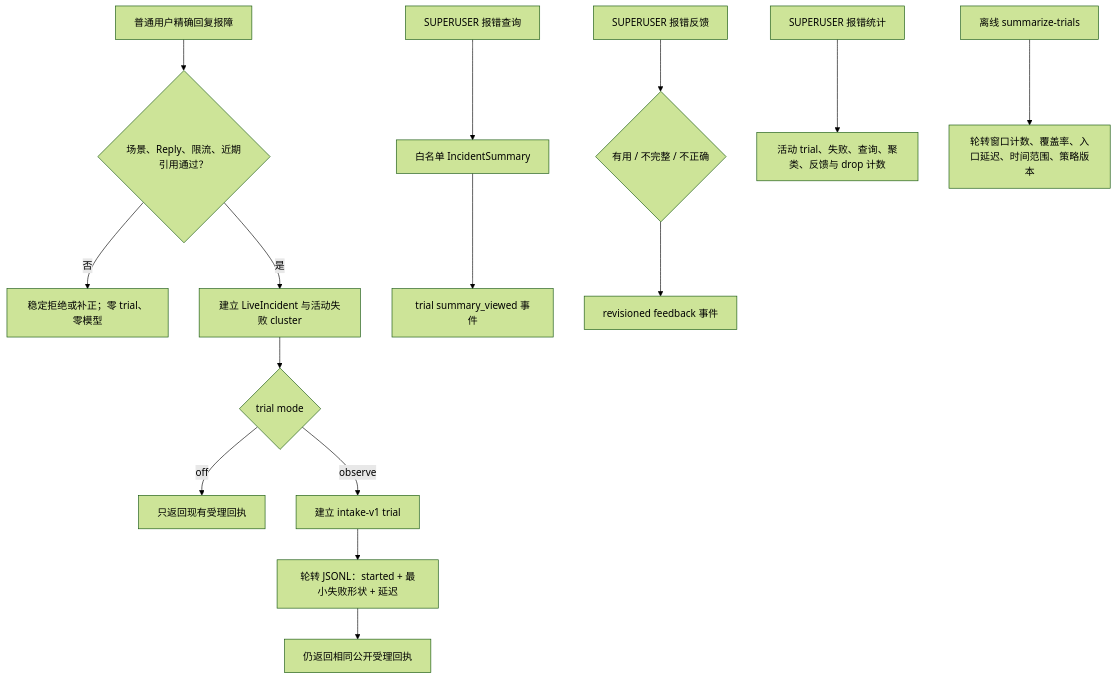
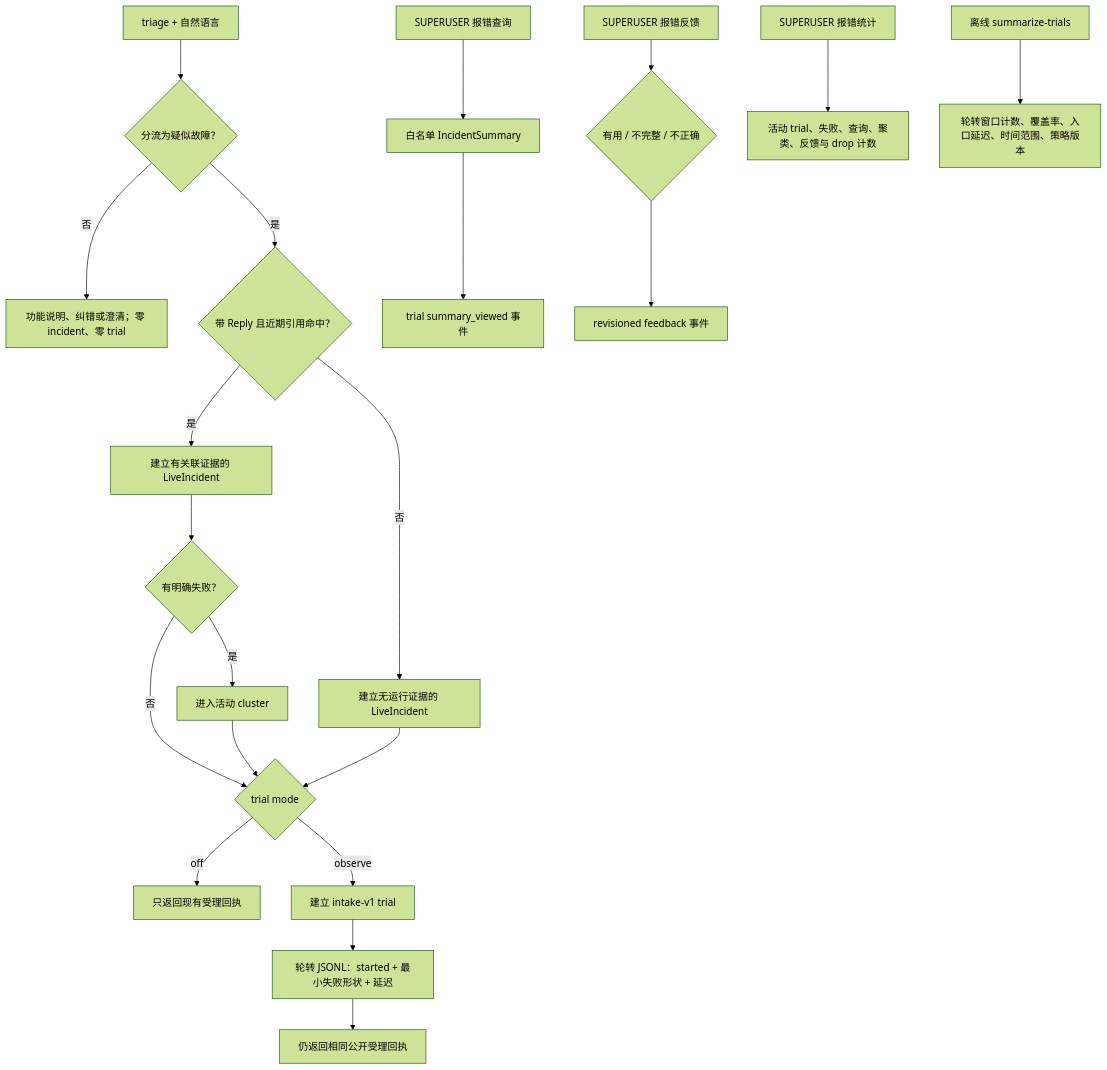
The diagram in docs/architecture/flows/observation-first-trials.md (Misty02600/nonebot-plugin-triage), drawn with Mermaid (forest theme) before and after one commit. The commit also changed other lines of this file and 21 other files, not shown here.

````diff
--- a/docs/architecture/flows/observation-first-trials.md
+++ b/docs/architecture/flows/observation-first-trials.md
@@ -5,17 +5,24 @@
 ```mermaid
 flowchart TD
-    A["普通用户精确回复报障"] --> B{"场景、Reply、限流、近期引用通过？"}
-    B -- "否" --> C["稳定拒绝或补正；零 trial、零模型"]
-    B -- "是" --> D["建立 LiveIncident 与活动失败 cluster"]
-    D --> E{"trial mode"}
+    A["triage + 自然语言"] --> B{"分流为疑似故障？"}
+    B -- "否" --> C["功能说明、纠错或澄清；零 incident、零 trial"]
+    B -- "是" --> R{"带 Reply 且近期引用命中？"}
+    R -- "是" --> D["建立有关联证据的 LiveIncident"]
+    R -- "否" --> U["建立无运行证据的 LiveIncident"]
+    D --> CL{"有明确失败？"}
+    CL -- "是" --> X["进入活动 cluster"]
+    CL -- "否" --> E
+    X --> E
+    U --> E
+    E{"trial mode"}
     E -- "off" --> F["只返回现有受理回执"]
     E -- "observe" --> G["建立 intake-v1 trial"]
     G --> H["轮转 JSONL：started + 最小失败形状 + 延迟"]
     H --> I["仍返回相同公开受理回执"]
     J["SUPERUSER 报错查询"] --> K["白名单 IncidentSummary"]
     K --> L["trial summary_viewed 事件"]
     M["SUPERUSER 报错反馈"] --> N{"有用 / 不完整 / 不正确"}
     N --> O["revisioned feedback 事件"]
     P["SUPERUSER 报错统计"] --> Q["活动 trial、失败、查询、聚类、反馈与 drop 计数"]
-    R["离线 summarize-trials"] --> S["轮转窗口计数、覆盖率、入口延迟、时间范围、策略版本"]
+    T["离线 summarize-trials"] --> S["轮转窗口计数、覆盖率、入口延迟、时间范围、策略版本"]
 ```
````
